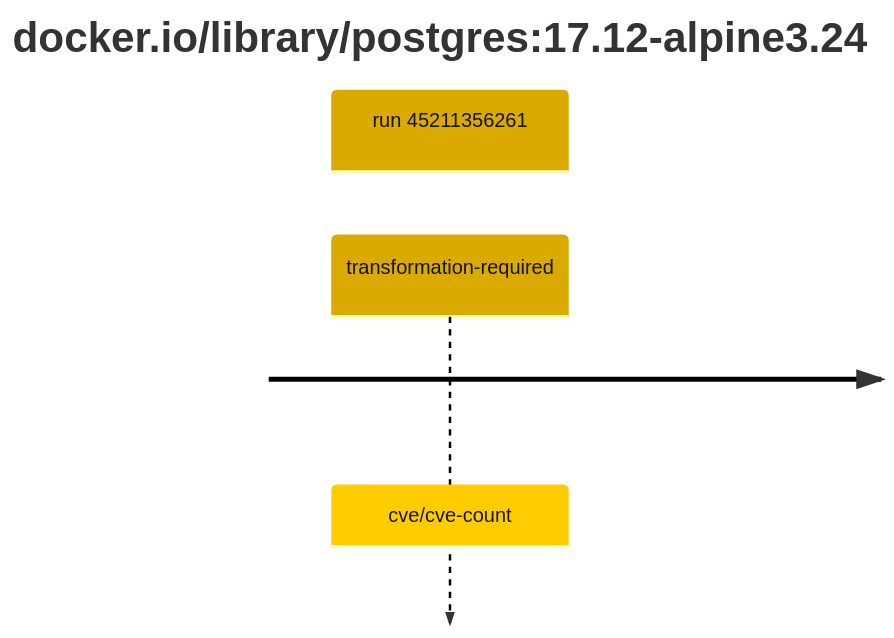
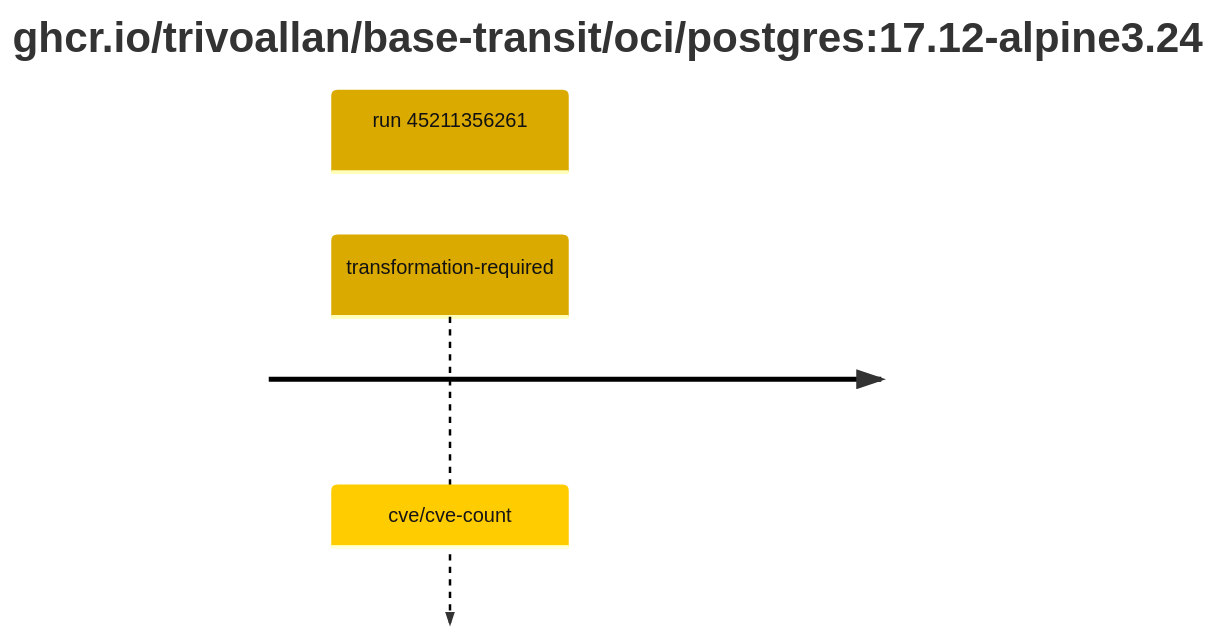
The second of 2 diagrams in results/reports/postgres-17/sha256:f9cf3e1f0066f0eb0c48707d864f0ac5941e9ff454a072077d97a4d278d07d73/45211356261-1.md (trivoallan/base-images), drawn with Mermaid before and after one commit. The commit also changed other lines of this file and 3 other files, not shown here.

````diff
--- a/results/reports/postgres-17/sha256:f9cf3e1f0066f0eb0c48707d864f0ac5941e9ff454a072077d97a4d278d07d73/45211356261-1.md
+++ b/results/reports/postgres-17/sha256:f9cf3e1f0066f0eb0c48707d864f0ac5941e9ff454a072077d97a4d278d07d73/45211356261-1.md
@@ -5,7 +24,7 @@
 ```mermaid
 %%{init: {"theme": "default", "themeVariables": {"cScale0": "#daaa00", "cScaleLabel0": "#121212"}}}%%
 timeline
-    title docker.io/library/postgres#58;17.12-alpine3.24
+    title ghcr.io/trivoallan/base-transit/oci/postgres#58;17.12-alpine3.24
     section run 45211356261
         transformation-required : cve/cve-count
 ```
````
